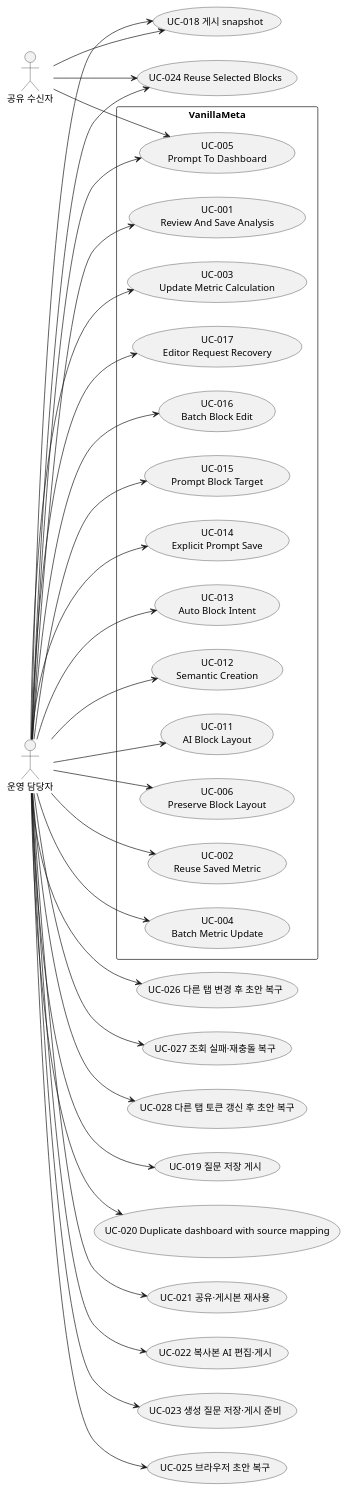
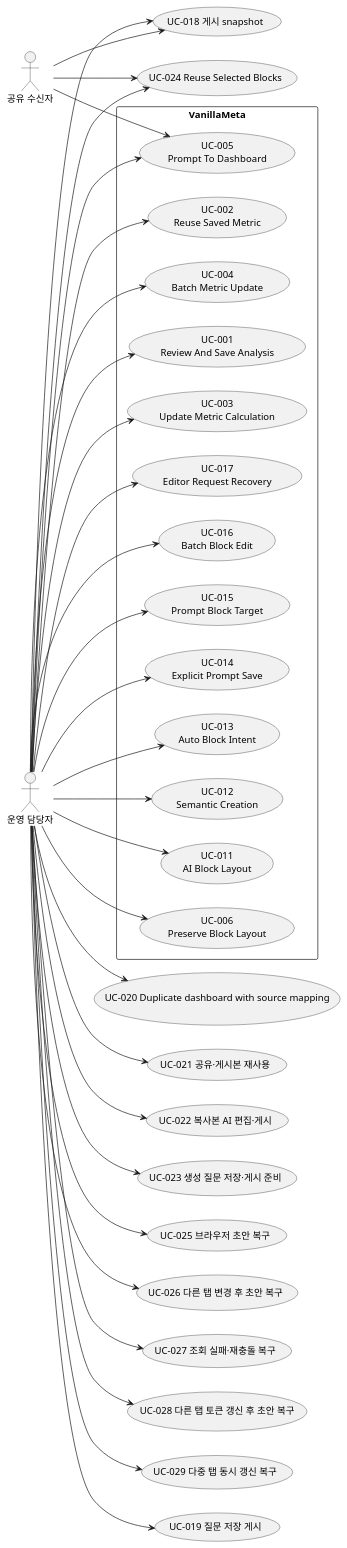
Before and after one commit to vanillabrain/vanillameta: the diagram in docs/use_cases.puml, drawn with PlantUML. The commit also changed 11 other files, not shown here.

```diff
--- a/docs/use_cases.puml
+++ b/docs/use_cases.puml
@@ -1,58 +1,60 @@
 @startuml
 left to right direction
 actor "운영 담당자" as operator
 rectangle "VanillaMeta" {
  usecase "UC-017\nEditor Request Recovery" as UC017
  usecase "UC-016\nBatch Block Edit" as UC016
  usecase "UC-015\nPrompt Block Target" as UC015
  usecase "UC-014\nExplicit Prompt Save" as UC014
  usecase "UC-013\nAuto Block Intent" as UC013
  usecase "UC-012\nSemantic Creation" as UC012
  usecase "UC-011\nAI Block Layout" as UC011
  usecase "UC-006\nPreserve Block Layout" as UC006
  usecase "UC-005\nPrompt To Dashboard" as UC005
  usecase "UC-004\nBatch Metric Update" as UC004
  usecase "UC-001\nReview And Save Analysis" as UC001
  usecase "UC-003\nUpdate Metric Calculation" as UC003
  usecase "UC-002\nReuse Saved Metric" as UC002
 }
 operator --> UC015
 operator --> UC014
 operator --> UC013
 operator --> UC012
 operator --> UC011
 operator --> UC006
 operator --> UC005
 actor "공유 수신자" as recipient
 recipient --> UC005
 operator --> UC004
 operator --> UC003
 operator --> UC002
 operator --> UC001
 operator --> UC016
 operator --> UC017
 usecase "UC-018 게시 snapshot" as UC018
 operator --> UC018
 recipient --> UC018
 usecase "UC-019 질문 저장 게시" as UC019
 operator --> UC019
 usecase "UC-020 Duplicate dashboard with source mapping" as UC020
 operator --> UC020
 usecase "UC-021 공유·게시본 재사용" as UC021
 operator --> UC021
 usecase "UC-022 복사본 AI 편집·게시" as UC022
 operator --> UC022
 usecase "UC-023 생성 질문 저장·게시 준비" as UC023
 operator --> UC023
 usecase "UC-024 Reuse Selected Blocks" as UC024
 operator --> UC024
 recipient --> UC024
 usecase "UC-025 브라우저 초안 복구" as UC025
 operator --> UC025
 usecase "UC-026 다른 탭 변경 후 초안 복구" as UC026
 operator --> UC026
 usecase "UC-027 조회 실패·재충돌 복구" as UC027
 operator --> UC027
 usecase "UC-028 다른 탭 토큰 갱신 후 초안 복구" as UC028
 operator --> UC028
+usecase "UC-029 다중 탭 동시 갱신 복구" as UC029
+operator --> UC029
 @enduml
```
